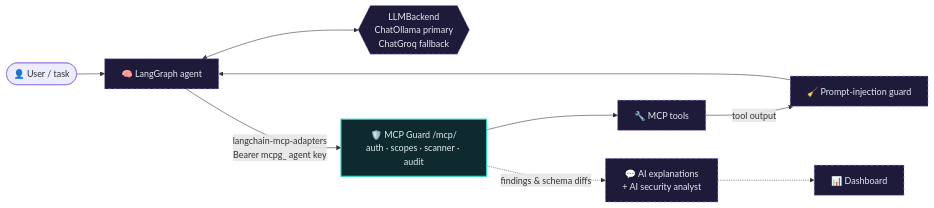
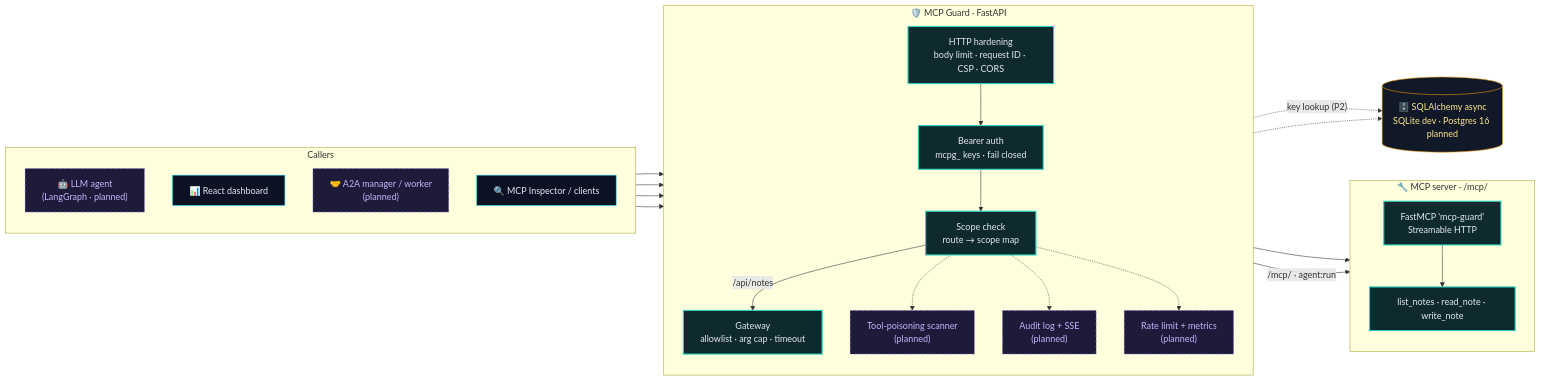
The first of 4 diagrams in README.md (aneek22112007-tech/mcp-a2a-secure), drawn with Mermaid before and after one commit. The commit also changed other lines of this file, not shown here.

Commit message:
tmp: mermaid probe 3

````diff
--- a/README.md
+++ b/README.md
@@ -140,16 +5,52 @@
 ```mermaid
 flowchart LR
-    U(["👤 User / task"]) --> AG["🧠 LangGraph agent"]
-    AG <--> LLM{{"LLMBackend<br/>ChatOllama primary<br/>ChatGroq fallback"}}
-    AG -->|"langchain-mcp-adapters<br/>Bearer mcpg_ agent key"| MG["🛡️ MCP Guard /mcp/<br/>auth · scopes · scanner · audit"]
-    MG --> T["🔧 MCP tools"]
-    T -->|"tool output"| PI["🧹 Prompt-injection guard"]
-    PI --> AG
-    MG -.->|"findings & schema diffs"| EX["💬 AI explanations<br/>+ AI security analyst"]
-    EX -.-> D["📊 Dashboard"]
+    subgraph CALLERS["Callers"]
+        direction TB
+        AG["🤖 LLM agent<br/>(LangGraph · planned)"]
+        UI["📊 React dashboard"]
+        A2A["🤝 A2A manager / worker<br/>(planned)"]
+        INS["🔍 MCP Inspector / clients"]
+    end
 
-    classDef planned fill:#1e1b3a,stroke:#a78bfa,color:#e2e8f0,stroke-dasharray:5 5
-    classDef guard fill:#0f2a2e,stroke:#2dd4bf,color:#e2e8f0,stroke-width:2px
-    class AG,LLM,PI,EX,D,T planned
-    class MG guard
+    subgraph GUARD["🛡️ MCP Guard · FastAPI"]
+        direction TB
+        MW["HTTP hardening<br/>body limit · request ID · CSP · CORS"]
+        AUTH["Bearer auth<br/>mcpg_ keys · fail closed"]
+        SC["Scope check<br/>route → scope map"]
+        GW["Gateway<br/>allowlist · arg cap · timeout"]
+        SCAN["Tool-poisoning scanner<br/>(planned)"]
+        AUD["Audit log + SSE<br/>(planned)"]
+        RL["Rate limit + metrics<br/>(planned)"]
+    end
+
+    subgraph TOOLS["🔧 MCP server · /mcp/"]
+        direction TB
+        MCP["FastMCP 'mcp-guard'<br/>Streamable HTTP"]
+        T1["list_notes · read_note · write_note"]
+    end
+
+    DB[("🗄️ SQLAlchemy async<br/>SQLite dev · Postgres 16 planned")]
+
+    AG --> MW
+    UI --> MW
+    A2A --> MW
+    INS --> MW
+    MW --> AUTH --> SC
+    SC -->|"/api/notes"| GW --> MCP
+    SC -->|"/mcp/ · agent:run"| MCP
+    MCP --> T1
+    SC -.-> SCAN
+    SC -.-> AUD
+    SC -.-> RL
+    AUTH -.->|"key lookup (P2)"| DB
+    AUD -.-> DB
+
+    classDef built fill:#0f2a2e,stroke:#2dd4bf,color:#e2e8f0,stroke-width:2px
+    classDef planned fill:#1e1b3a,stroke:#a78bfa,color:#c4b5fd,stroke-dasharray:5 5
+    classDef caller fill:#0b1224,stroke:#22d3ee,color:#e2e8f0
+    classDef store fill:#111827,stroke:#f59e0b,color:#fde68a
+    class MW,AUTH,SC,GW,MCP,T1 built
+    class SCAN,AUD,RL,AG,A2A planned
+    class UI,INS caller
+    class DB store
 ```
````
